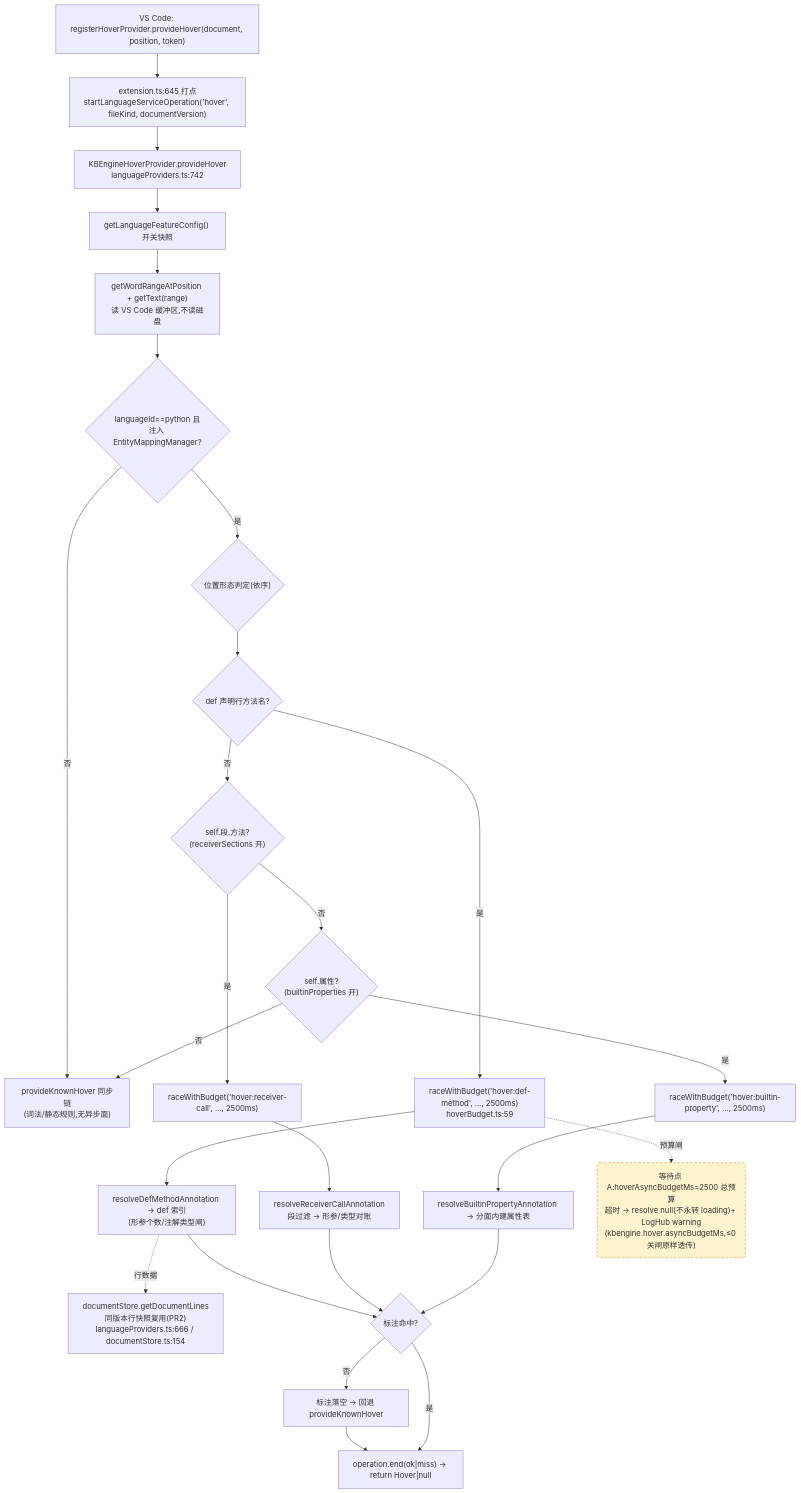
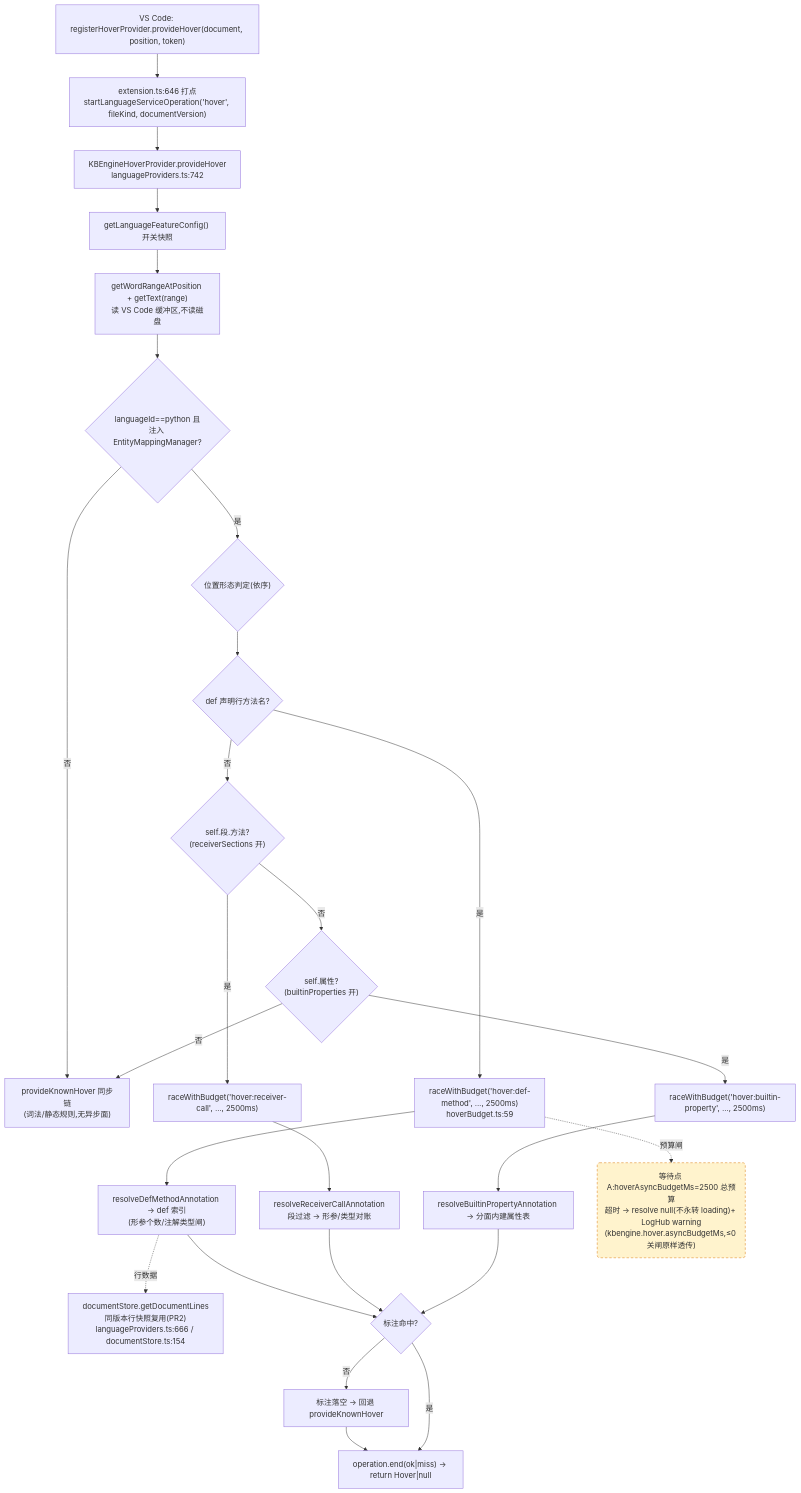
One commit to cuihairu/kode changed the first of 4 diagrams in docs/perf/2026-baseline.md. Above: the diagram before and after it, drawn with Mermaid. The commit also changed other lines of this file and 10 other files, not shown here.

````diff
--- a/docs/perf/2026-baseline.md
+++ b/docs/perf/2026-baseline.md
@@ -82,45 +82,45 @@
 ```mermaid
 flowchart TD
   VC1["VS Code: registerHoverProvider.provideHover(document, position, token)"]
-  M1["extension.ts:645 打点<br/>startLanguageServiceOperation('hover', fileKind, documentVersion)"]
+  M1["extension.ts:646 打点<br/>startLanguageServiceOperation('hover', fileKind, documentVersion)"]
   HP["KBEngineHoverProvider.provideHover<br/>languageProviders.ts:742"]
   CFG["getLanguageFeatureConfig() 开关快照"]
   WORD["getWordRangeAtPosition + getText(range)<br/>读 VS Code 缓冲区,不读磁盘"]
   BR{"languageId==python 且<br/>注入 EntityMappingManager?"}
   KN["provideKnownHover 同步链<br/>(词法/静态规则,无异步面)"]
   POS{"位置形态判定(依序)"}
   D1{"def 声明行方法名?"}
   D2{"self.段.方法?<br/>(receiverSections 开)"}
   D3{"self.属性?<br/>(builtinProperties 开)"}
   RA1["raceWithBudget('hover:def-method', …, 2500ms)<br/>hoverBudget.ts:59"]
   RA2["raceWithBudget('hover:receiver-call', …, 2500ms)"]
   RA3["raceWithBudget('hover:builtin-property', …, 2500ms)"]
   RS1["resolveDefMethodAnnotation → def 索引<br/>(形参个数/注解类型闸)"]
   RS2["resolveReceiverCallAnnotation<br/>段过滤 → 形参/类型对账"]
   RS3["resolveBuiltinPropertyAnnotation → 分面内建属性表"]
   LINES["documentStore.getDocumentLines<br/>同版本行快照复用(PR2)<br/>languageProviders.ts:666 / documentStore.ts:154"]
   MISS["标注落空 → 回退 provideKnownHover"]
   END1["operation.end(ok|miss) → return Hover|null"]
 
   VC1 --> M1 --> HP --> CFG --> WORD --> BR
   BR -- "否" --> KN
   BR -- "是" --> POS --> D1
   D1 -- "是" --> RA1 --> RS1
   D1 -- "否" --> D2
   D2 -- "是" --> RA2 --> RS2
   D2 -- "否" --> D3
   D3 -- "是" --> RA3 --> RS3
   D3 -- "否" --> KN
   RS1 --> HIT{"标注命中?"}
   RS2 --> HIT
   RS3 --> HIT
   RS1 -.->|行数据| LINES
   HIT -- "否" --> MISS --> END1
   HIT -- "是" --> END1
 
   WAITA("等待点 A:hoverAsyncBudgetMs=2500 总预算<br/>超时 → resolve null(不永转 loading)+ LogHub warning<br/>(kbengine.hover.asyncBudgetMs,≤0 关闸原样透传)")
   RA1 -.->|预算闸| WAITA
 
   classDef waitPoint fill:#fff3cd,stroke:#d97706,stroke-dasharray:5 4;
   class WAITA waitPoint;
 ```
````
